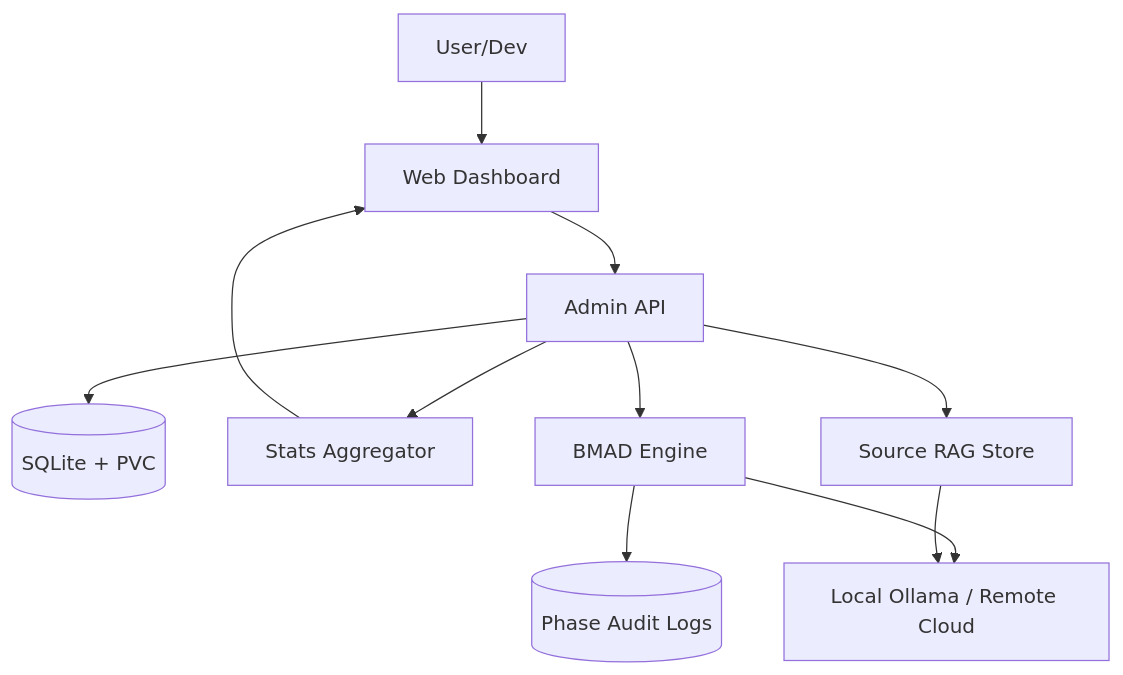
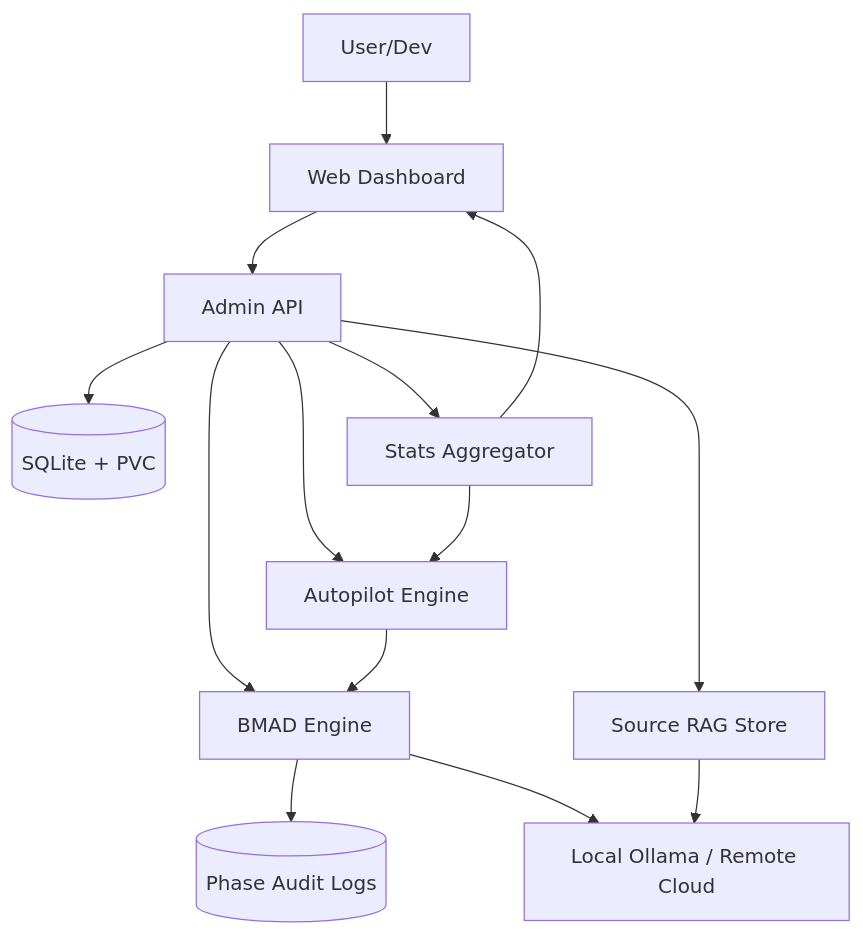
Before and after one commit to QuoteSystemX/go-agent-llm-orchestrator: the diagram in README.md, drawn with Mermaid. The commit also changed other lines of this file and 3 other files, not shown here.

Commit message:
feat: implement autopilot engine for dynamic scaling and add background template synchronization

````diff
--- a/README.md
+++ b/README.md
@@ -21,13 +23,16 @@
 ```mermaid
 graph TD
     User[User/Dev] --> WebUI[Web Dashboard]
     WebUI --> API[Admin API]
     API --> DB[(SQLite + PVC)]
     API --> Stats[Stats Aggregator]
     API --> RAG[Source RAG Store]
+    API --> AP[Autopilot Engine]
     API --> Scheduler[BMAD Engine]
+    AP --> Scheduler
     Scheduler --> TaskLogs[(Phase Audit Logs)]
     Scheduler --> LLM[Local Ollama / Remote Cloud]
+    Stats --> AP
     Stats --> WebUI
     RAG --> LLM
 ```
````
